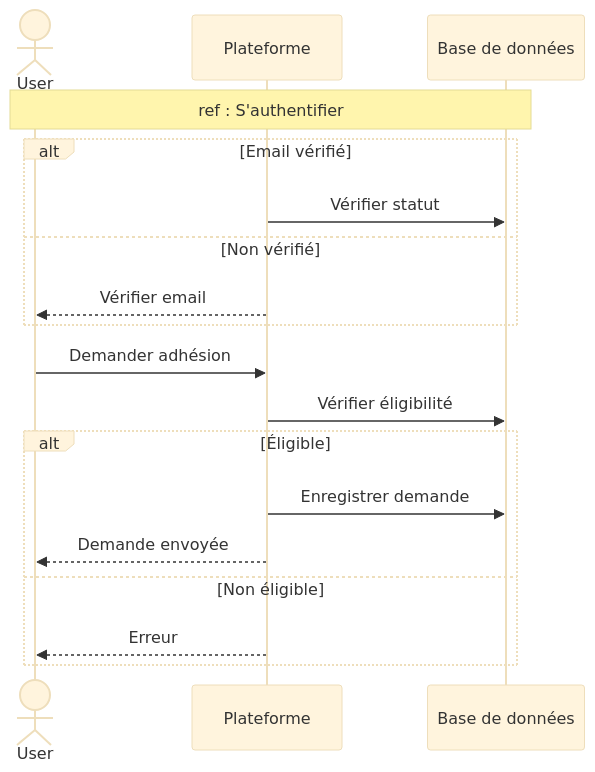
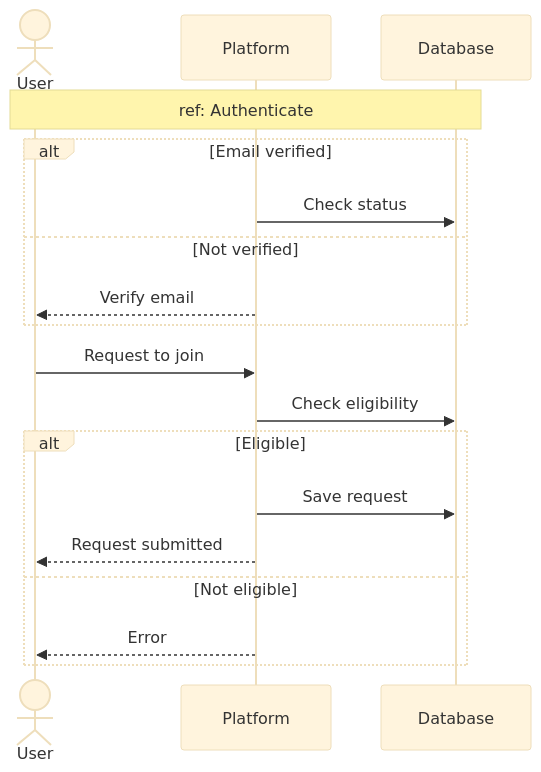
The fifth of 16 diagrams in docs/SEQUENCE_DIAGRAMS.md (MohamedChebbi123/teamnest), drawn with Mermaid (base theme) before and after one commit. The commit also changed other lines of this file, not shown here.

````diff
--- a/docs/SEQUENCE_DIAGRAMS.md
+++ b/docs/SEQUENCE_DIAGRAMS.md
@@ -170,23 +173,23 @@
 ```mermaid
 sequenceDiagram
     actor User
-    participant API as Plateforme
-    participant DB as Base de données
+    participant API as Platform
+    participant DB as Database
 
-    Note over User,DB: ref : S'authentifier
+    Note over User,DB: ref: Authenticate
 
-    alt Email vérifié
-        API->>DB: Vérifier statut
-    else Non vérifié
-        API-->>User: Vérifier email
+    alt Email verified
+        API->>DB: Check status
+    else Not verified
+        API-->>User: Verify email
     end
 
-    User->>API: Demander adhésion
-    API->>DB: Vérifier éligibilité
-    alt Éligible
-        API->>DB: Enregistrer demande
-        API-->>User: Demande envoyée
-    else Non éligible
-        API-->>User: Erreur
+    User->>API: Request to join
+    API->>DB: Check eligibility
+    alt Eligible
+        API->>DB: Save request
+        API-->>User: Request submitted
+    else Not eligible
+        API-->>User: Error
     end
 ```
````
